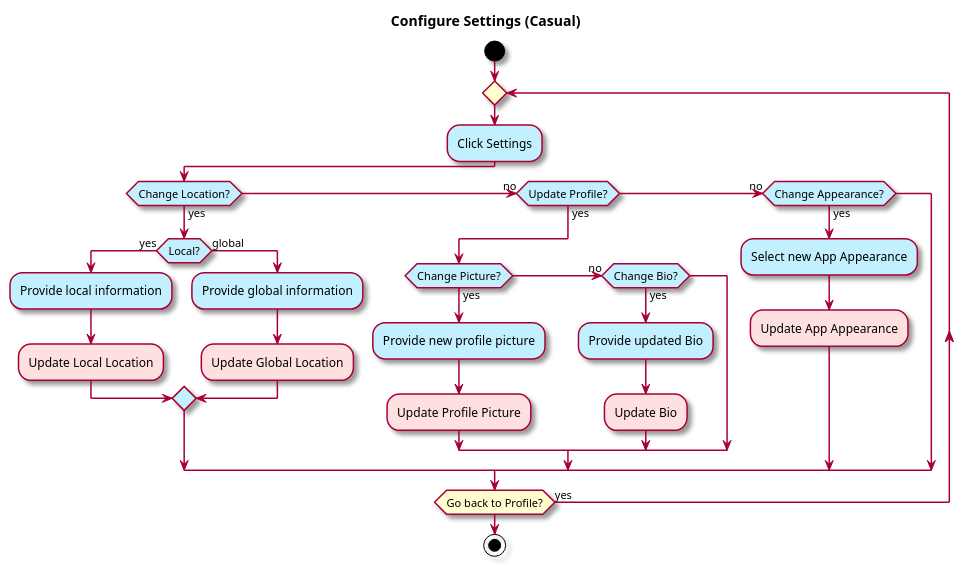
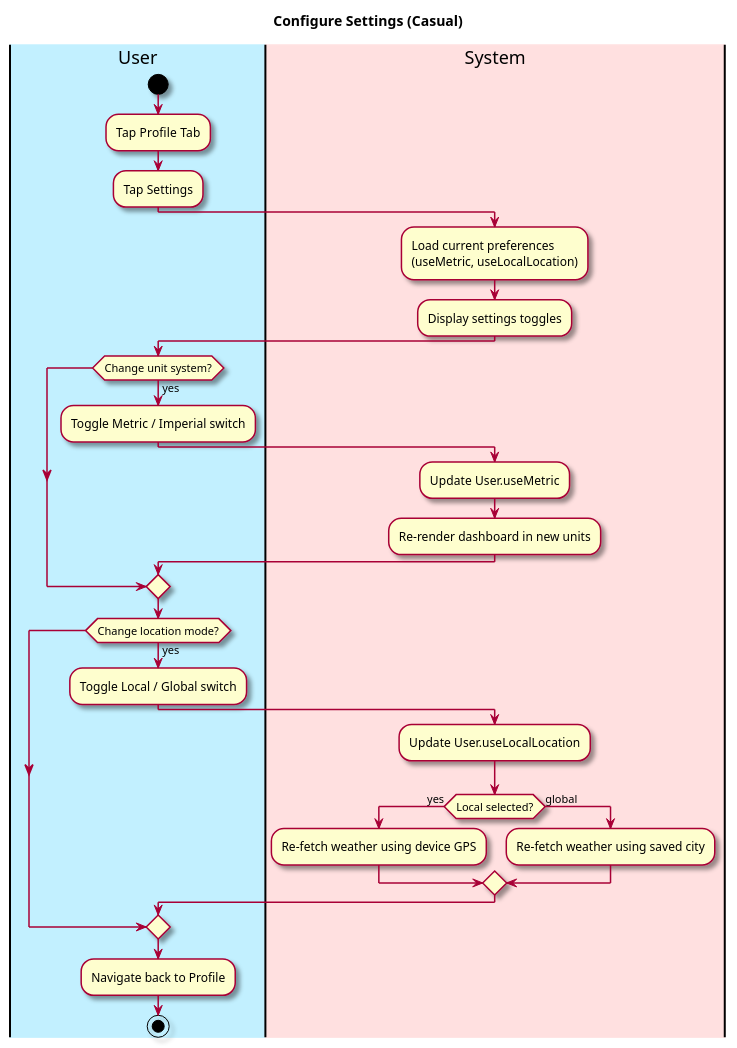
One commit to owhitleym-ui/EcoScoop changed the first of 3 diagrams in intellij/doc/use-cases/configure-settings.md. Above: the diagram before and after it, drawn with PlantUML. The commit also changed other lines of this file and 12 other files, not shown here.

Commit message:
Updated documentation, class diagram, use cases, and readme

````diff
--- a/intellij/doc/use-cases/configure-settings.md
+++ b/intellij/doc/use-cases/configure-settings.md
@@ -20,37 +18,43 @@
 ```plantuml
 @startuml
-
 skin rose
 
 title Configure Settings (Casual)
 
+|#application|User|
+|#implementation|System|
+
+|User|
 start
-repeat
-    #application:Click Settings;
+:Tap Profile Tab;
+:Tap Settings;
 
-    #application:if (Change Location?) then (yes)
-        #application:if (Local?) then (yes)
-        #application:Provide local information;
-            #implementation:Update Local Location;
-        else (global)
-            #application:Provide global information;
-            #implementation:Update Global Location;
-        endif
-    #application:(no)elseif (Update Profile?) then (yes)
-        #application:if (Change Picture?) then (yes)
-            #application:Provide new profile picture;
-            #implementation:Update Profile Picture;
-        #application:(no)elseif (Change Bio?) then (yes)
-            #application:Provide updated Bio;
-            #implementation:Update Bio;
-        endif
-    #application:(no)elseif (Change Appearance?) then (yes)
-        #application:Select new App Appearance;
-        #implementation:Update App Appearance;
-    endif
+|System|
+:Load current preferences\n(useMetric, useLocalLocation);
+:Display settings toggles;
 
-repeat while(Go back to Profile?) is (yes)
+|User|
+if (Change unit system?) then (yes)
+  :Toggle Metric / Imperial switch;
+  |System|
+  :Update User.useMetric;
+  :Re-render dashboard in new units;
+  |User|
+endif
 
+if (Change location mode?) then (yes)
+  :Toggle Local / Global switch;
+  |System|
+  :Update User.useLocalLocation;
+  if (Local selected?) then (yes)
+    :Re-fetch weather using device GPS;
+  else (global)
+    :Re-fetch weather using saved city;
+  endif
+  |User|
+endif
+
+:Navigate back to Profile;
 stop
 @enduml
 ```
````
